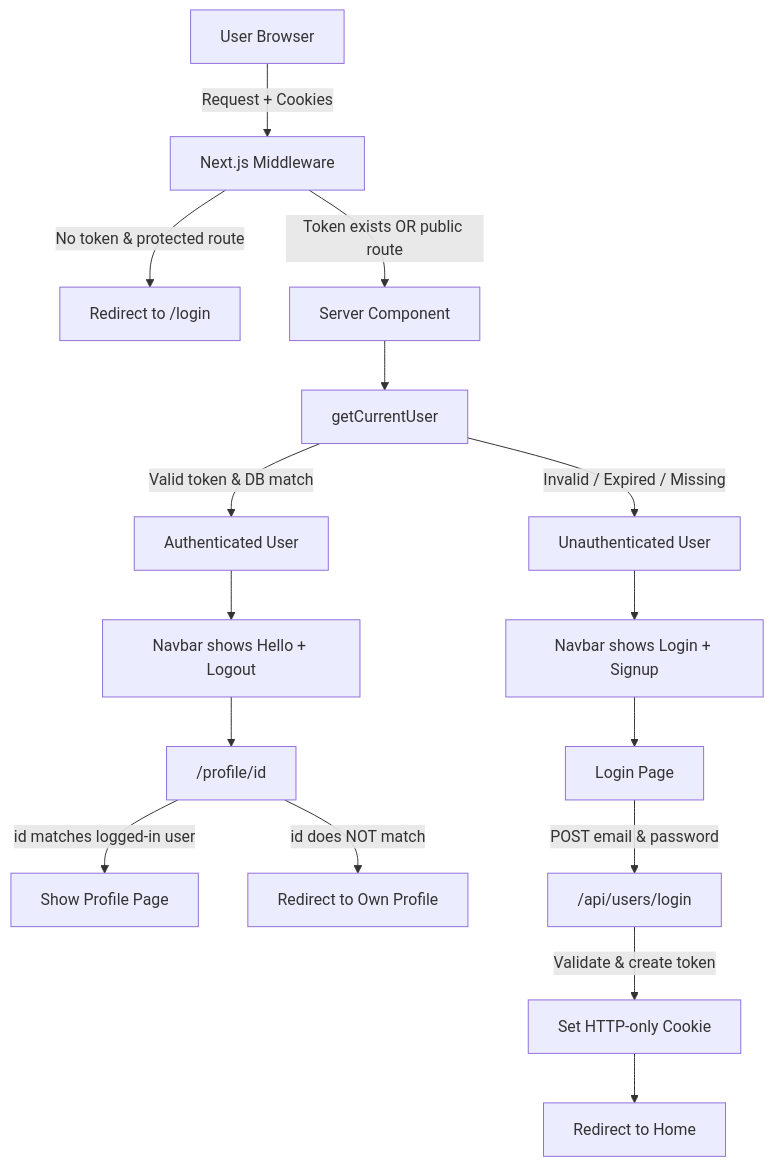
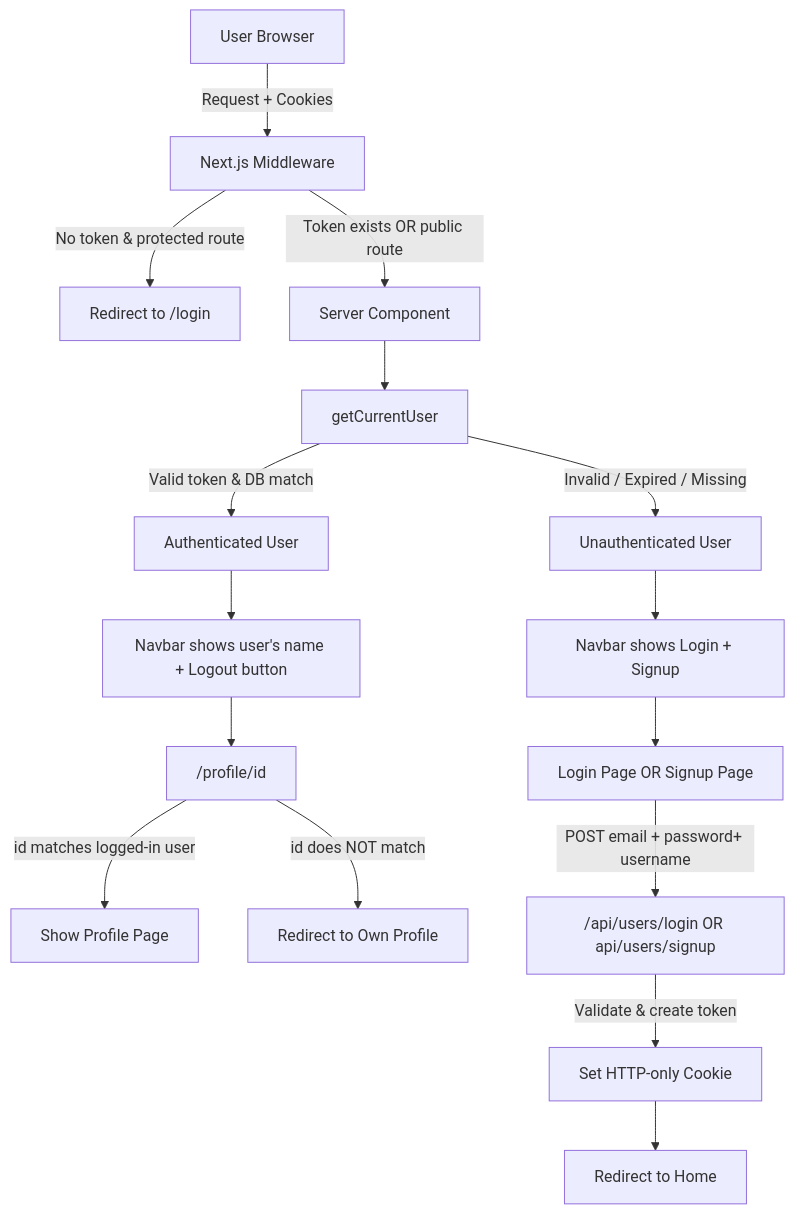
The diagram in README.md (Avneesh-b7/nextjs-auth-101), drawn with Mermaid before and after one commit. The commit also changed other lines of this file and 1 other file, not shown here.

````diff
--- a/README.md
+++ b/README.md
@@ -40,32 +8,33 @@
 ```mermaid
 
 flowchart TD
     %% Browser
     A[User Browser] -->|Request + Cookies| B[Next.js Middleware]
 
     %% Middleware routing logic
     B -->|No token & protected route| C[Redirect to /login]
     B -->|Token exists OR public route| D[Server Component]
 
     %% Server-side auth
     D --> E[getCurrentUser]
 
     %% Token checks
     E -->|Valid token & DB match| F[Authenticated User]
     E -->|Invalid / Expired / Missing| G[Unauthenticated User]
 
     %% UI rendering
-    F --> H[Navbar shows Hello + Logout]
+    F --> H[Navbar shows user's name + Logout button]
     G --> I[Navbar shows Login + Signup]
 
     %% Profile protection
     H --> J["/profile/id"]
     J -->|id matches logged-in user| K[Show Profile Page]
     J -->|id does NOT match| L[Redirect to Own Profile]
 
     %% Login flow
-    I --> M[Login Page]
-    M -->|POST email & password| N["/api/users/login"]
+    I --> M[Login Page OR Signup Page]
+    M -->|POST email + password+ username| N["/api/users/login OR api/users/signup"]
     N -->|Validate & create token| O[Set HTTP-only Cookie]
     O --> P[Redirect to Home]
+
 ```
````
